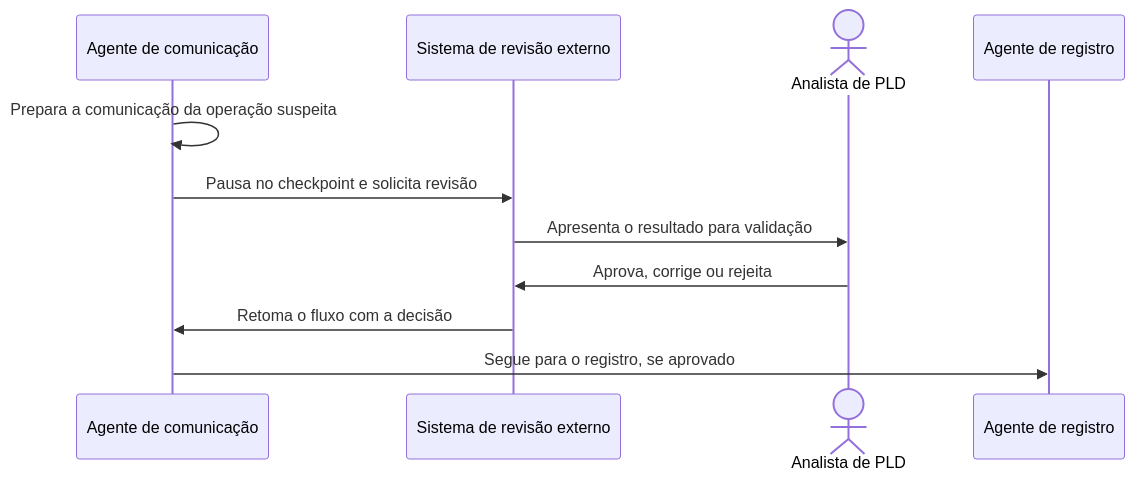
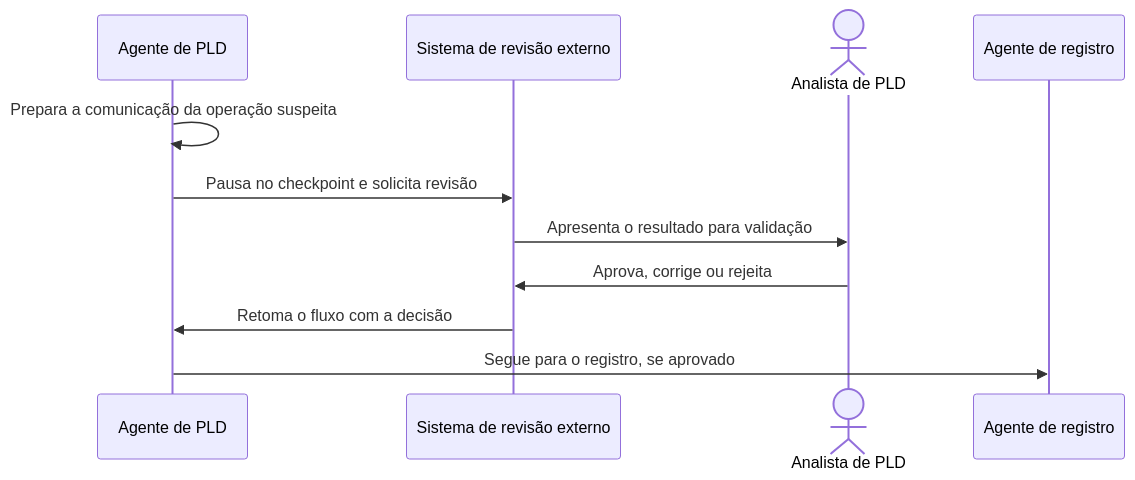
The diagram in docs/ai/agent-patterns/special-requirements/human-in-the-loop.md (alancesar/design-patterns), drawn with Mermaid before and after one commit. The commit also changed 28 other files, not shown here.

Commit message:
Fix diagram review findings in microservices, eip, cloud and agent patterns

````diff
--- a/docs/ai/agent-patterns/special-requirements/human-in-the-loop.md
+++ b/docs/ai/agent-patterns/special-requirements/human-in-the-loop.md
@@ -55,13 +55,13 @@
 ```mermaid
 sequenceDiagram
-    participant A1 as Agente de comunicação
+    participant A1 as Agente de PLD
     participant S as Sistema de revisão externo
     actor H as Analista de PLD
     participant A2 as Agente de registro
     A1->>A1: Prepara a comunicação da operação suspeita
     A1->>S: Pausa no checkpoint e solicita revisão
     S->>H: Apresenta o resultado para validação
     H->>S: Aprova, corrige ou rejeita
     S->>A1: Retoma o fluxo com a decisão
     A1->>A2: Segue para o registro, se aprovado
 ```
````
